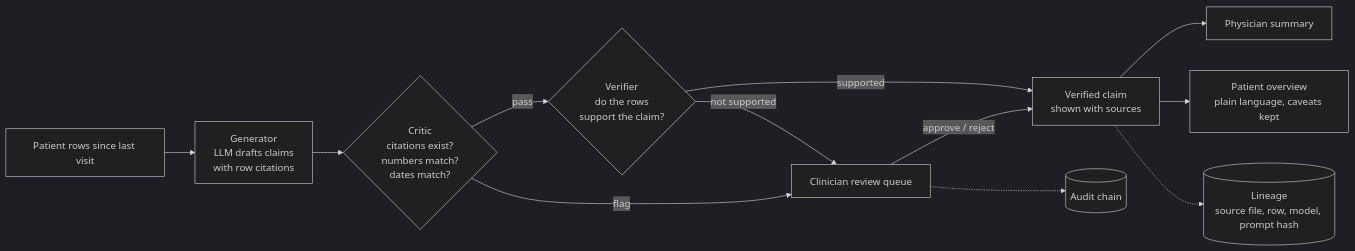
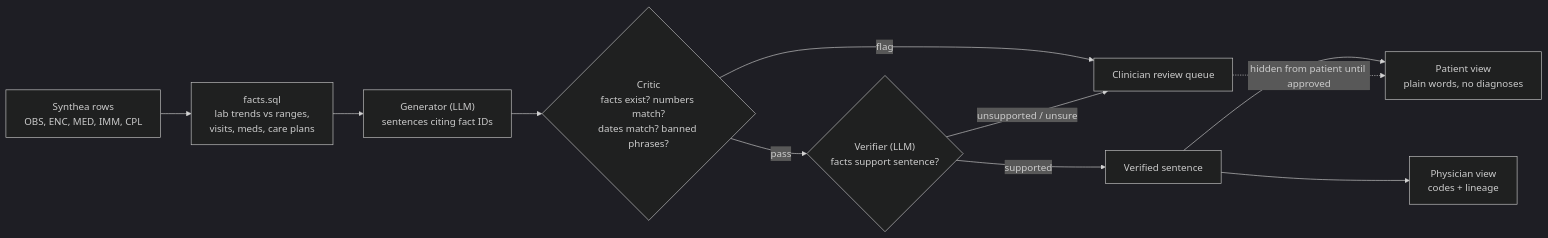
The second of 5 diagrams in docs/architecture.md (NavneetKishanS/trust-lens), drawn with Mermaid (dark theme) before and after one commit. The commit also changed other lines of this file and 12 other files, not shown here.

````diff
--- a/docs/architecture.md
+++ b/docs/architecture.md
@@ -123,14 +83,13 @@
 ```mermaid
 flowchart LR
-    ROWS["Patient rows since last visit"] --> GEN["Generator<br/>LLM drafts claims<br/>with row citations"]
-    GEN --> CR{"Critic<br/>citations exist?<br/>numbers match?<br/>dates match?"}
-    CR -- pass --> VE{"Verifier<br/>do the rows<br/>support the claim?"}
-    CR -- flag --> RQ["Clinician review queue"]
-    VE -- supported --> OK["Verified claim<br/>shown with sources"]
-    VE -- not supported --> RQ
-    RQ -- approve / reject --> OK
-    OK --> PHY["Physician summary"]
-    OK --> PAT["Patient overview<br/>plain language, caveats kept"]
-    RQ -.-> AU[("Audit chain")]
-    OK -.-> LIN[("Lineage<br/>source file, row, model, prompt hash")]
+    ROWS["Synthea rows<br/>OBS, ENC, MED, IMM, CPL"] --> F["facts.sql<br/>lab trends vs ranges,<br/>visits, meds, care plans"]
+    F --> G["Generator (LLM)<br/>sentences citing fact IDs"]
+    G --> C{"Critic<br/>facts exist? numbers match?<br/>dates match? banned phrases?"}
+    C -- pass --> V{"Verifier (LLM)<br/>facts support sentence?"}
+    C -- flag --> Q["Clinician review queue"]
+    V -- supported --> OK["Verified sentence"]
+    V -- unsupported / unsure --> Q
+    OK --> P["Patient view<br/>plain words, no diagnoses"]
+    OK --> D["Physician view<br/>codes + lineage"]
+    Q -. hidden from patient until approved .-> P
 ```
````
